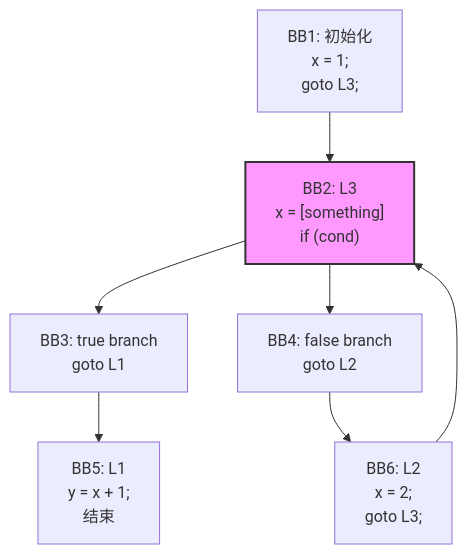
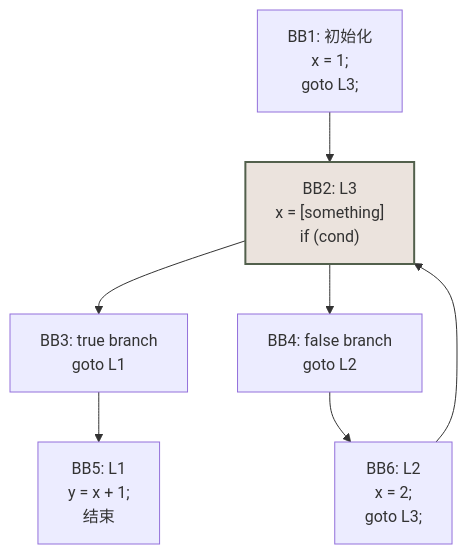
One commit to yaklang/ssa.to changed diagram 16 of 18 in static-analysis-guide/compile-ssa-form.mdx. Above: the diagram before and after it, drawn with Mermaid. The commit also changed other lines of this file and 91 other files, not shown here.

````diff
--- a/static-analysis-guide/compile-ssa-form.mdx
+++ b/static-analysis-guide/compile-ssa-form.mdx
@@ -1071,15 +1055,15 @@
 ```mermaid
   flowchart TD
       BB1["BB1: 初始化<br/>x = 1;<br/>goto L3;"] --> BB2["BB2: L3<br/>x = [something] <br/>if (cond)"]
       
       BB2 --> BB3["BB3: true branch<br/>goto L1"]
       BB2 --> BB4["BB4: false branch<br/>goto L2"]
       
       BB3 --> BB5["BB5: L1<br/>y = x + 1;<br/>结束"]
       BB4 --> BB6["BB6: L2<br/>x = 2;<br/>goto L3;"]
       
       BB6 --> BB2
 
-      classDef phiStyle fill:#f9f,stroke:#333,stroke-width:2px;
+      classDef phiStyle fill:#ebe3dd,stroke:#52604c,stroke-width:2px;
       BB2:::phiStyle
 ```
````
